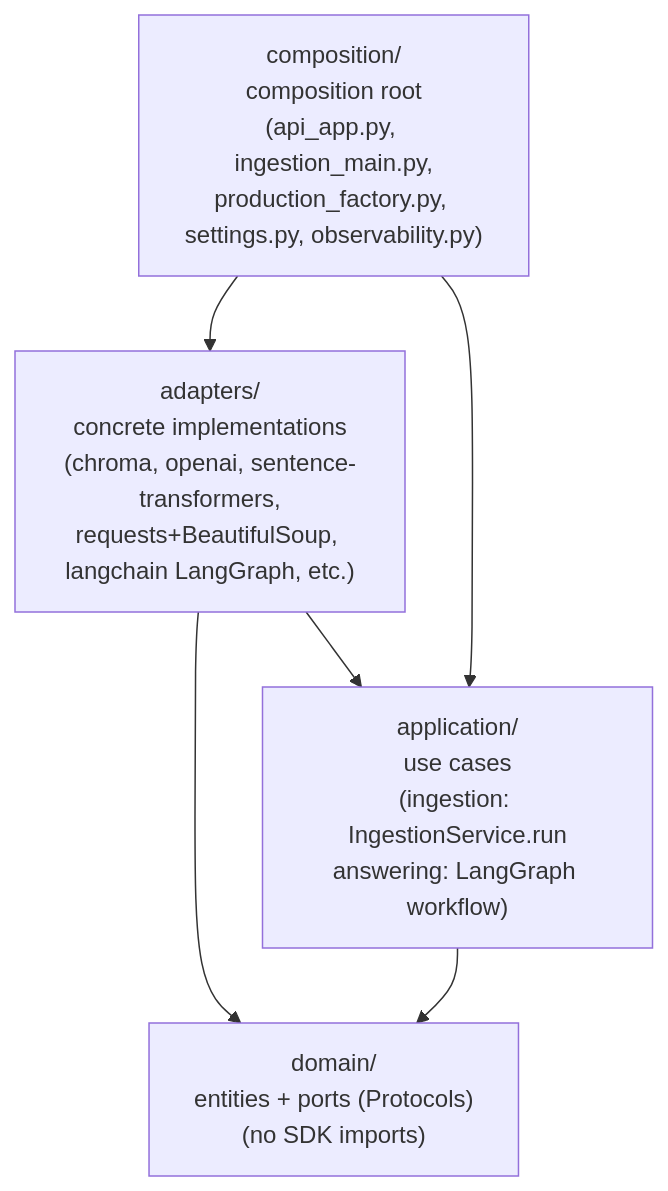
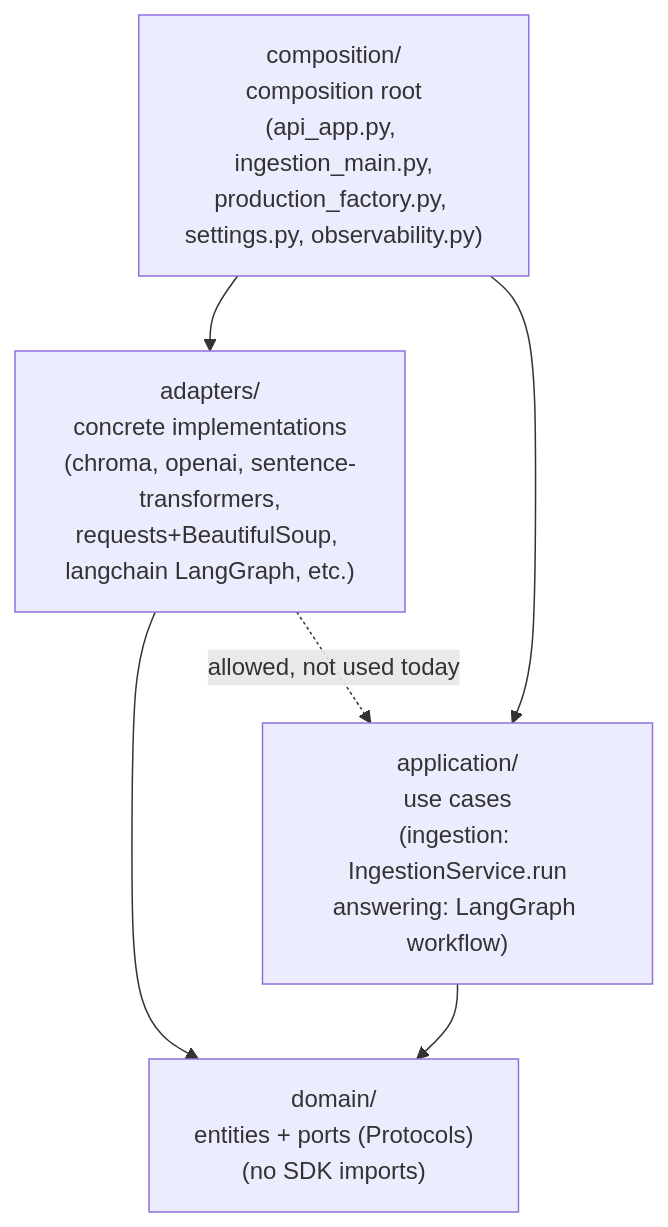
One commit to bruj0/support-agent changed the third of 11 diagrams in docs/architecture/architecture.md. Above: the diagram before and after it, drawn with Mermaid. The commit also changed other lines of this file, not shown here.

First line of the commit message:
docs(architecture): clarify LangGraph state-mutation timeline in §6.2.1

````diff
--- a/docs/architecture/architecture.md
+++ b/docs/architecture/architecture.md
@@ -113,13 +129,13 @@
 ```mermaid
 flowchart TB
     COMPOSITION["composition/<br/>composition root<br/>(api_app.py, ingestion_main.py,<br/>production_factory.py, settings.py, observability.py)"]
     ADAPTERS["adapters/<br/>concrete implementations<br/>(chroma, openai, sentence-transformers,<br/>requests+BeautifulSoup, langchain LangGraph, etc.)"]
     APPLICATION["application/<br/>use cases<br/>(ingestion: IngestionService.run<br/>answering: LangGraph workflow)"]
     DOMAIN["domain/<br/>entities + ports (Protocols)<br/>(no SDK imports)"]
 
     COMPOSITION --> ADAPTERS
     COMPOSITION --> APPLICATION
     ADAPTERS --> DOMAIN
-    ADAPTERS --> APPLICATION
+    ADAPTERS -. allowed, not used today .-> APPLICATION
     APPLICATION --> DOMAIN
 ```
````
